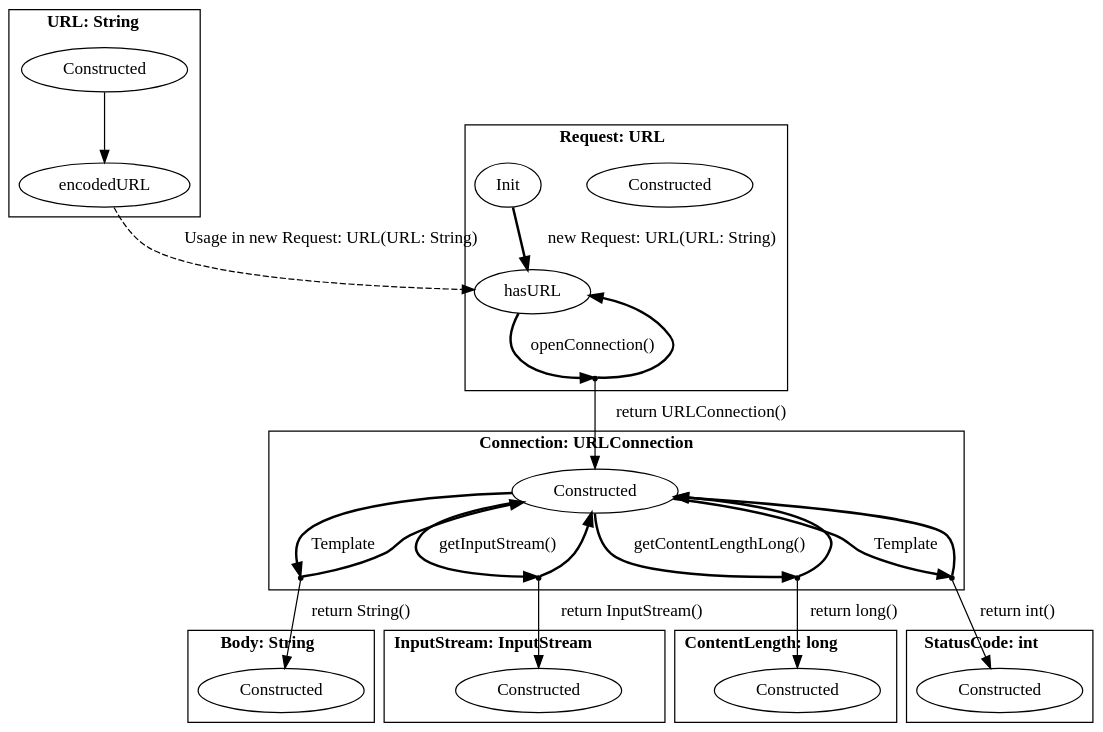
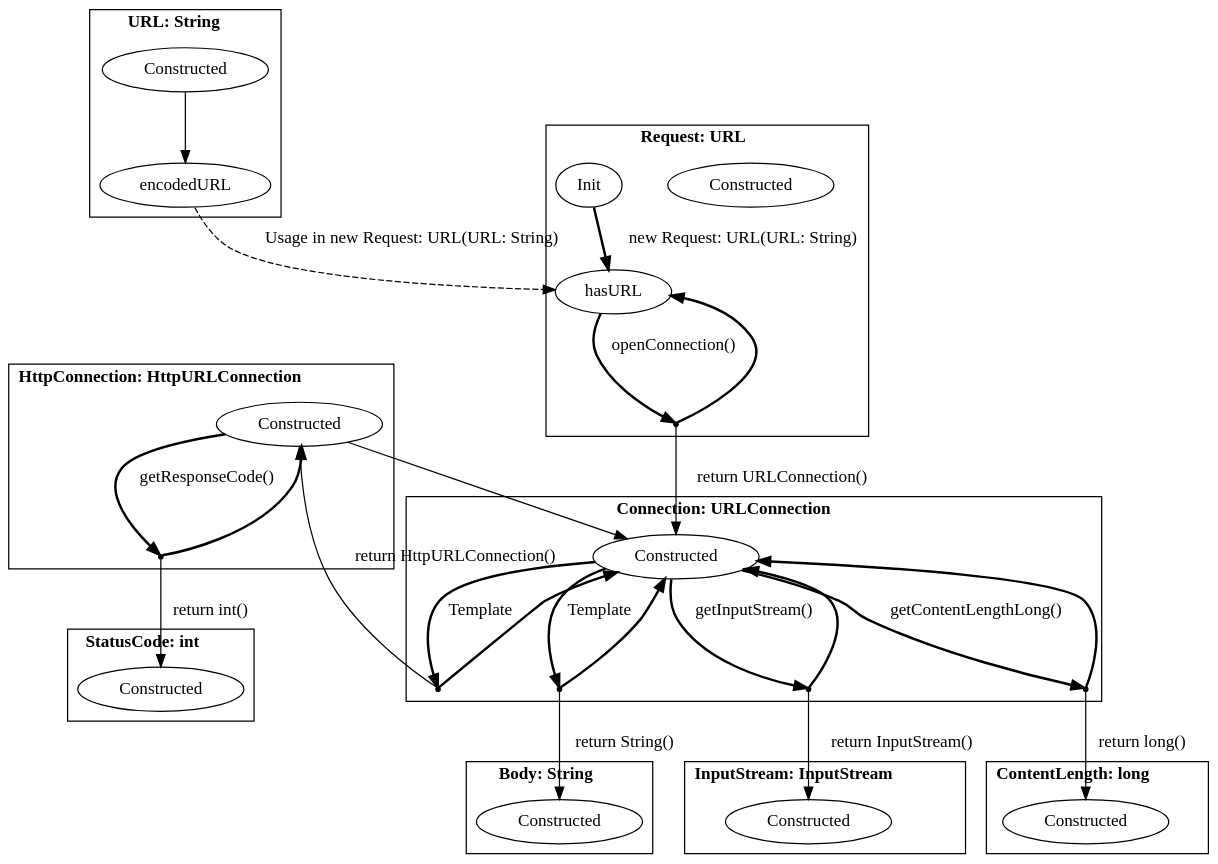
The diagram in pictures/java.dot (h31/LibraryMigration), drawn with Graphviz before and after one commit. The commit also changed 2 other files, not shown here.

Commit message:
Better model for URLConnection

```diff
--- a/pictures/java.dot
+++ b/pictures/java.dot
@@ -1,57 +1,66 @@
 digraph G {
     bgcolor="transparent";
     subgraph cluster0 {
     label = <<B>URL: String</B>>;
         Constructed_URL [ label="Constructed" ];
         encodedURL_URL [ label="encodedURL" ];
     }
     subgraph cluster1 {
     label = <<B>Request: URL</B>>;
         Constructed_Request [ label="Constructed" ];
         hasURL_Request [ label="hasURL" ];
         Init_Request [ label="Init" ];
         virtual0 [ shape = point ];
     }
     subgraph cluster2 {
     label = <<B>Connection: URLConnection</B>>;
         Constructed_Connection [ label="Constructed" ];
         virtual1 [ shape = point ];
         virtual2 [ shape = point ];
         virtual3 [ shape = point ];
         virtual4 [ shape = point ];
     }
     subgraph cluster3 {
     label = <<B>Body: String</B>>;
         Constructed_Body [ label="Constructed" ];
     }
     subgraph cluster4 {
     label = <<B>InputStream: InputStream</B>>;
         Constructed_InputStream [ label="Constructed" ];
     }
     subgraph cluster5 {
     label = <<B>ContentLength: long</B>>;
         Constructed_ContentLength [ label="Constructed" ];
     }
     subgraph cluster6 {
     label = <<B>StatusCode: int</B>>;
         Constructed_StatusCode [ label="Constructed" ];
     }
+    subgraph cluster7 {
+    label = <<B>HttpConnection: HttpURLConnection</B>>;
+        Constructed_HttpConnection [ label="Constructed" ];
+        virtual5 [ shape = point ];
+    }
         Constructed_URL -> encodedURL_URL [ label="", style = "solid"  ];
         encodedURL_URL -> hasURL_Request [ label="Usage in new Request: URL(URL: String)", style = "dashed"  ];
         Init_Request -> hasURL_Request [ label="new Request: URL(URL: String)", style = "bold"  ];
         hasURL_Request -> virtual0 [ style = "bold" label="openConnection()"  ];
         virtual0 -> hasURL_Request [ style = "bold"  ];
         virtual0 -> Constructed_Connection [ label="return URLConnection()"  ];
         Constructed_Connection -> virtual1 [ style = "bold" label="Template"  ];
         virtual1 -> Constructed_Connection [ style = "bold"  ];
         virtual1 -> Constructed_Body [ label="return String()"  ];
         Constructed_Connection -> virtual2 [ style = "bold" label="getInputStream()"  ];
         virtual2 -> Constructed_Connection [ style = "bold"  ];
         virtual2 -> Constructed_InputStream [ label="return InputStream()"  ];
         Constructed_Connection -> virtual3 [ style = "bold" label="getContentLengthLong()"  ];
         virtual3 -> Constructed_Connection [ style = "bold"  ];
         virtual3 -> Constructed_ContentLength [ label="return long()"  ];
         Constructed_Connection -> virtual4 [ style = "bold" label="Template"  ];
         virtual4 -> Constructed_Connection [ style = "bold"  ];
-        virtual4 -> Constructed_StatusCode [ label="return int()"  ];
+        virtual4 -> Constructed_HttpConnection [ label="return HttpURLConnection()"  ];
+        Constructed_HttpConnection -> Constructed_Connection [ label="", style = "solid"  ];
+        Constructed_HttpConnection -> virtual5 [ style = "bold" label="getResponseCode()"  ];
+        virtual5 -> Constructed_HttpConnection [ style = "bold"  ];
+        virtual5 -> Constructed_StatusCode [ label="return int()"  ];
 }
```
